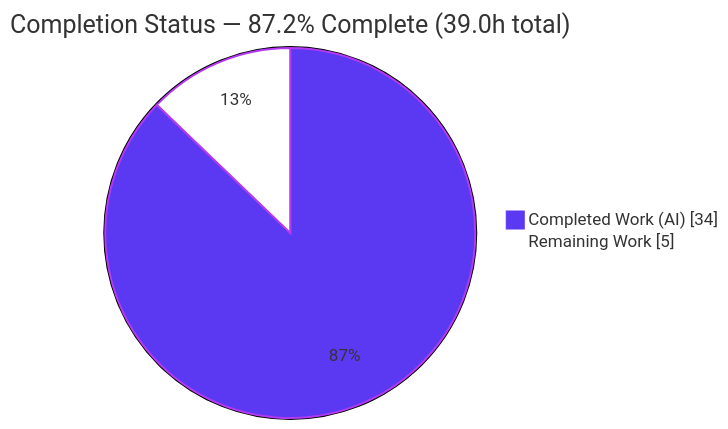
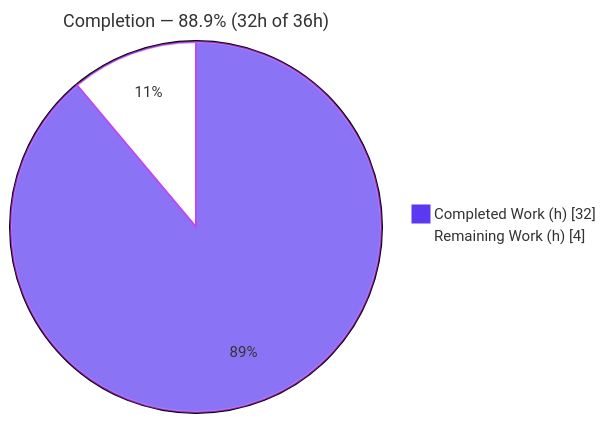
Before and after one commit to alex-blitzy-test/hot-stuff: the first of 3 diagrams in blitzy/documentation/Project Guide.md, drawn with Mermaid. The commit also changed other lines of this file, not shown here.

Commit message:
Adding Blitzy Project Guide: Project Status and Human Tasks Remaining

````diff
--- a/blitzy/documentation/Project Guide.md
+++ b/blitzy/documentation/Project Guide.md
@@ -15,7 +18,6 @@
 ```mermaid
-%%{init: {'theme':'base', 'themeVariables': {'pie1':'#5B39F3','pie2':'#FFFFFF','pieStrokeColor':'#B23AF2','pieStrokeWidth':'2px','pieOpacity':'1'}}}%%
-pie showData
-    title Completion Status — 87.2% Complete (39.0h total)
-    "Completed Work (AI)" : 34
-    "Remaining Work" : 5
+%%{init: {'theme':'base', 'themeVariables': {'pie1':'#5B39F3','pie2':'#FFFFFF','pieStrokeColor':'#B23AF2','pieStrokeWidth':'2px','pieOuterStrokeWidth':'2px','pieTitleTextSize':'18px','pieSectionTextSize':'15px','pieLegendTextSize':'15px'}}}%%
+pie showData title Completion — 88.9% (32h of 36h)
+    "Completed Work (h)" : 32
+    "Remaining Work (h)" : 4
 ```
````
